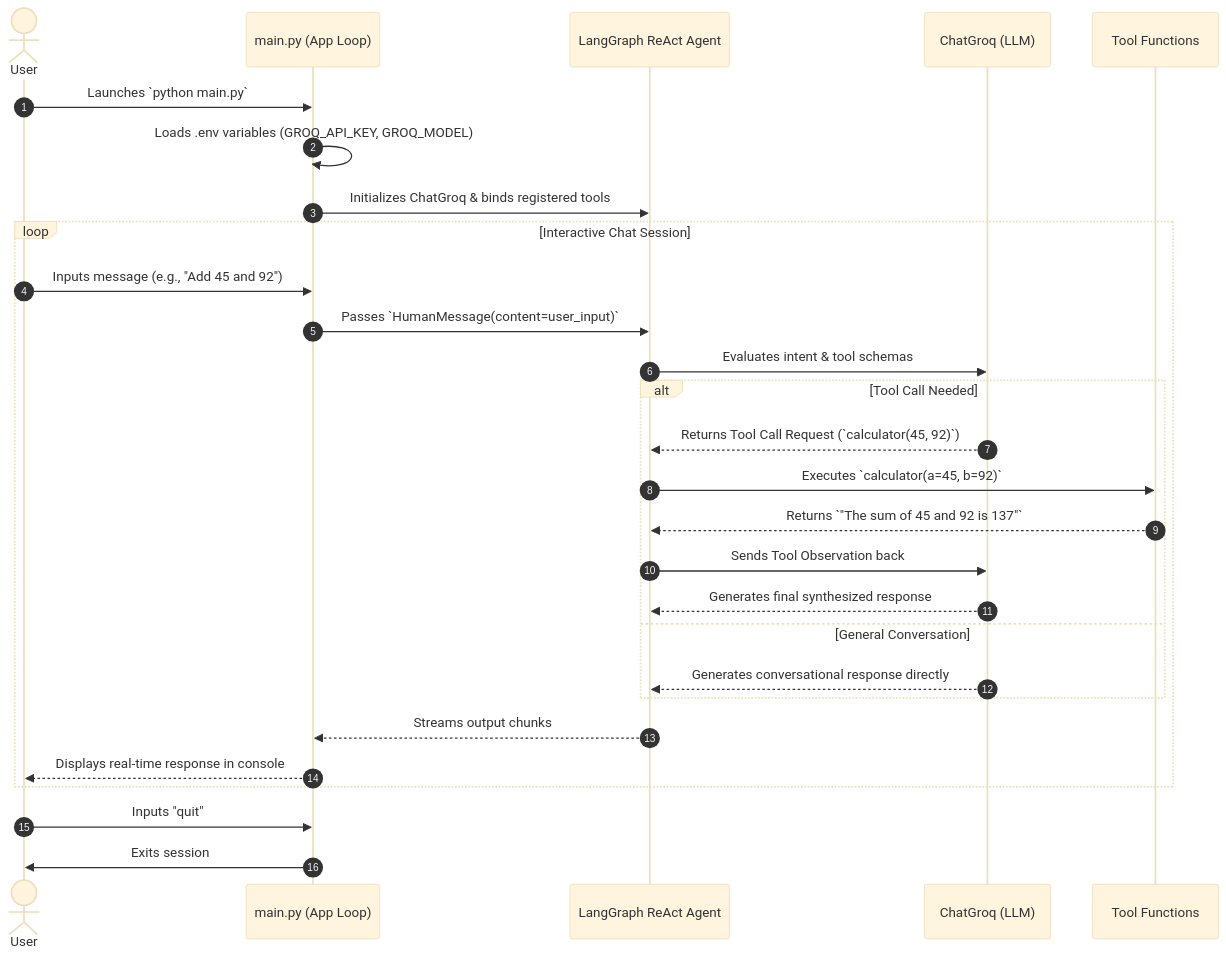
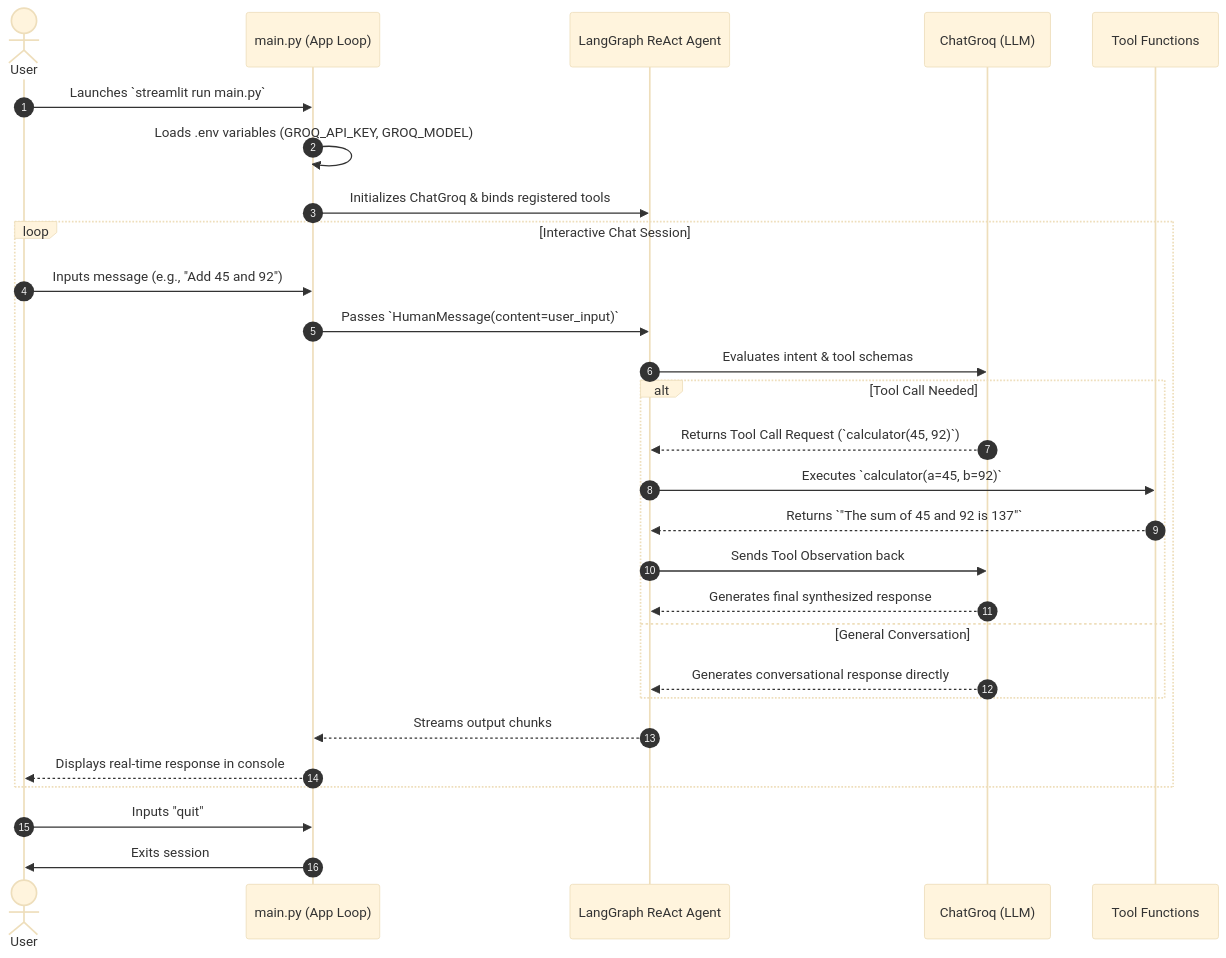
Before and after one commit to praveengouda8/GenAI: the second of 2 diagrams in README.md, drawn with Mermaid (base theme). The commit also changed other lines of this file and 3 other files, not shown here.

````diff
--- a/README.md
+++ b/README.md
@@ -86,35 +86,35 @@
 ```mermaid
 sequenceDiagram
     autonumber
     actor User
     participant App as main.py (App Loop)
     participant Agent as LangGraph ReAct Agent
     participant Groq as ChatGroq (LLM)
     participant Tools as Tool Functions
 
-    User->>App: Launches `python main.py`
+    User->>App: Launches `streamlit run main.py`
     App->>App: Loads .env variables (GROQ_API_KEY, GROQ_MODEL)
     App->>Agent: Initializes ChatGroq & binds registered tools
     
     loop Interactive Chat Session
         User->>App: Inputs message (e.g., "Add 45 and 92")
         App->>Agent: Passes `HumanMessage(content=user_input)`
         Agent->>Groq: Evaluates intent & tool schemas
         
         alt Tool Call Needed
             Groq-->>Agent: Returns Tool Call Request (`calculator(45, 92)`)
             Agent->>Tools: Executes `calculator(a=45, b=92)`
             Tools-->>Agent: Returns `"The sum of 45 and 92 is 137"`
             Agent->>Groq: Sends Tool Observation back
             Groq-->>Agent: Generates final synthesized response
         else General Conversation
             Groq-->>Agent: Generates conversational response directly
         end
         
         Agent-->>App: Streams output chunks
         App-->>User: Displays real-time response in console
     end
 
     User->>App: Inputs "quit"
     App->>User: Exits session
 ```
````
